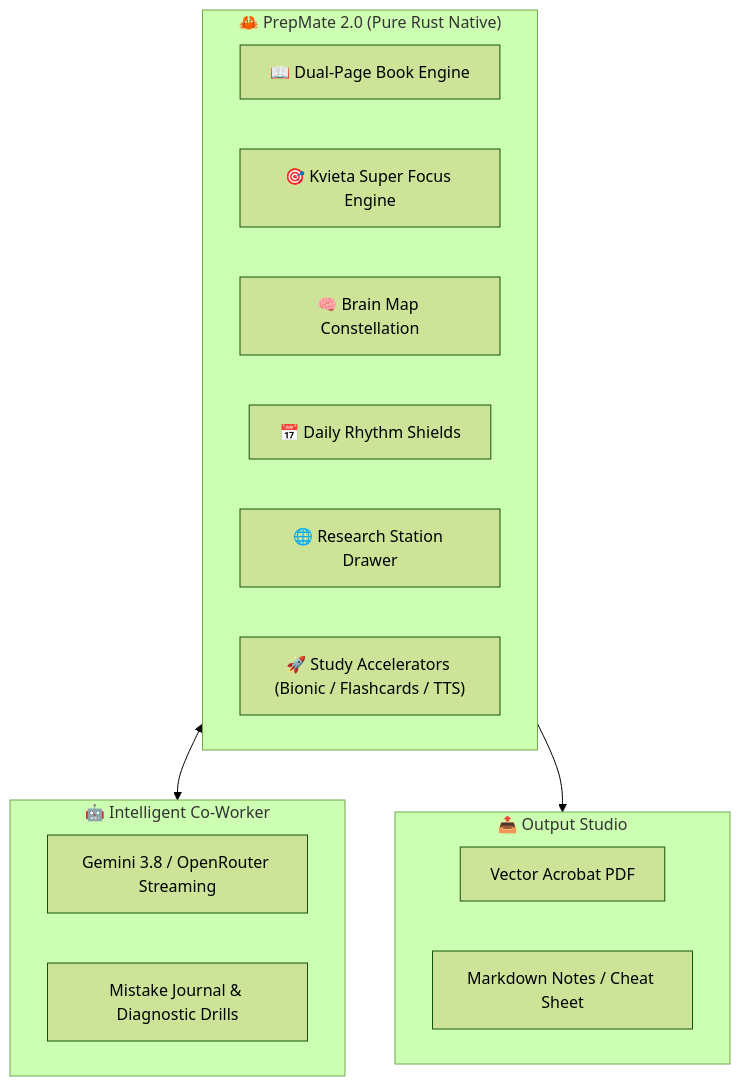
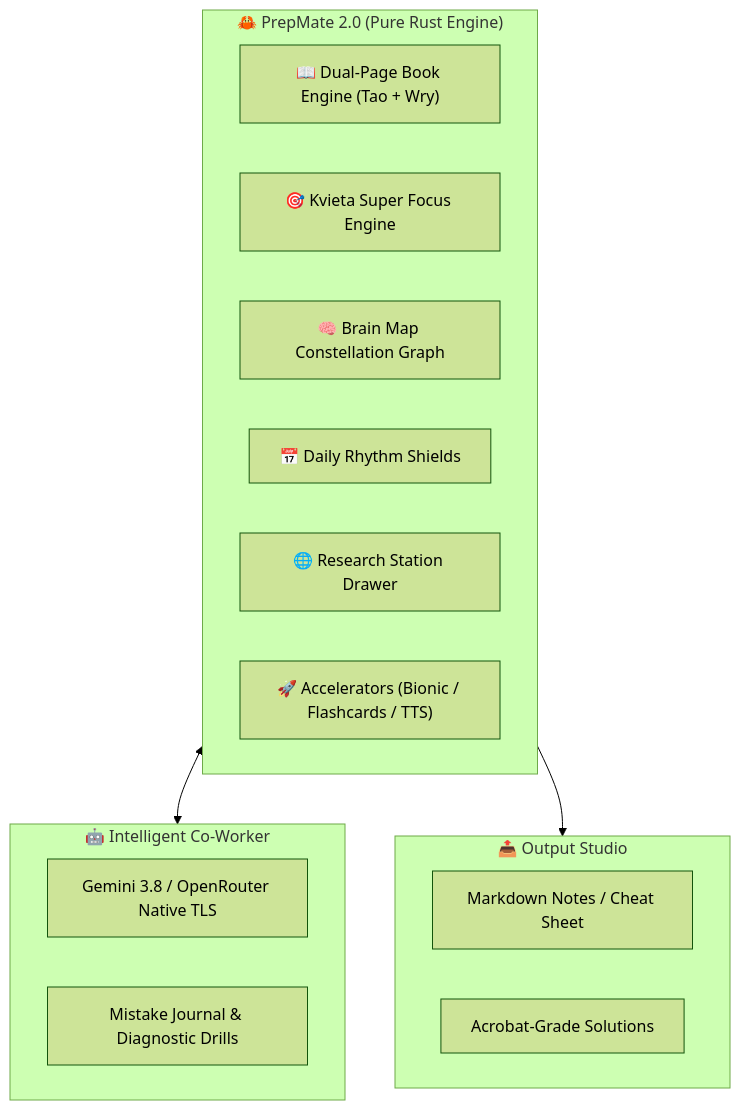
Before and after one commit to Rel0adediso/Prepmate-PDF: the diagram in README.md, drawn with Mermaid (forest theme). The commit also changed other lines of this file and 31 other files, not shown here.

First line of the commit message:
refactor: migrate repository to 100% pure native Rust architecture

````diff
--- a/README.md
+++ b/README.md
@@ -87,21 +90,21 @@
 ```mermaid
 flowchart TD
-    subgraph Core["🦀 PrepMate 2.0 (Pure Rust Native)"]
-        A["📖 Dual-Page Book Engine"]
+    subgraph RustCore["🦀 PrepMate 2.0 (Pure Rust Engine)"]
+        A["📖 Dual-Page Book Engine (Tao + Wry)"]
         B["🎯 Kvieta Super Focus Engine"]
-        C["🧠 Brain Map Constellation"]
+        C["🧠 Brain Map Constellation Graph"]
         D["📅 Daily Rhythm Shields"]
         E["🌐 Research Station Drawer"]
-        F["🚀 Study Accelerators (Bionic / Flashcards / TTS)"]
+        F["🚀 Accelerators (Bionic / Flashcards / TTS)"]
     end
     subgraph AI["🤖 Intelligent Co-Worker"]
-        G["Gemini 3.8 / OpenRouter Streaming"]
+        G["Gemini 3.8 / OpenRouter Native TLS"]
         H["Mistake Journal & Diagnostic Drills"]
     end
-    subgraph Export["📤 Output Studio"]
-        I["Vector Acrobat PDF"]
-        J["Markdown Notes / Cheat Sheet"]
+    subgraph Output["📤 Output Studio"]
+        I["Markdown Notes / Cheat Sheet"]
+        J["Acrobat-Grade Solutions"]
     end
-    Core <--> AI
-    Core --> Export
+    RustCore <--> AI
+    RustCore --> Output
 ```
````
